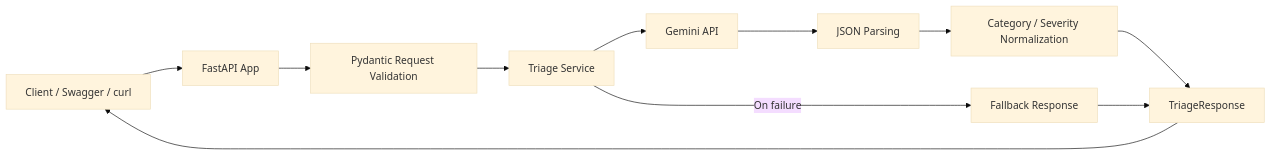
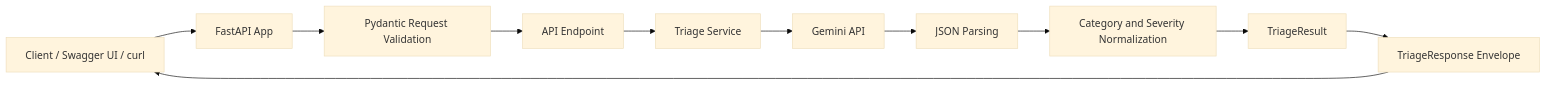
Before and after one commit to blue-monkey0/llm-support-triage-api: the first of 2 diagrams in README.md, drawn with Mermaid (base theme). The commit also changed other lines of this file, not shown here.

````diff
--- a/README.md
+++ b/README.md
@@ -118,13 +102,13 @@
 ```mermaid
 flowchart LR
-    Client[Client / Swagger / curl] --> FastAPI[FastAPI App]
+    Client[Client / Swagger UI / curl] --> FastAPI[FastAPI App]
     FastAPI --> Validation[Pydantic Request Validation]
-    Validation --> Service[Triage Service]
+    Validation --> Endpoint[API Endpoint]
+    Endpoint --> Service[Triage Service]
     Service --> Gemini[Gemini API]
     Gemini --> Parsing[JSON Parsing]
-    Parsing --> Normalization[Category / Severity Normalization]
-    Normalization --> Response[TriageResponse]
-    Response --> Client
-    Service -->|On failure| Fallback[Fallback Response]
-    Fallback --> Response
+    Parsing --> Normalization[Category and Severity Normalization]
+    Normalization --> Result[TriageResult]
+    Result --> Envelope[TriageResponse Envelope]
+    Envelope --> Client
 ```
````
